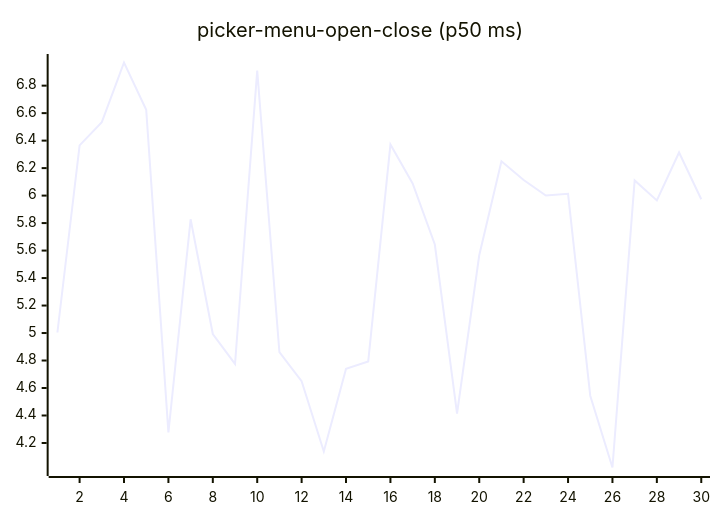
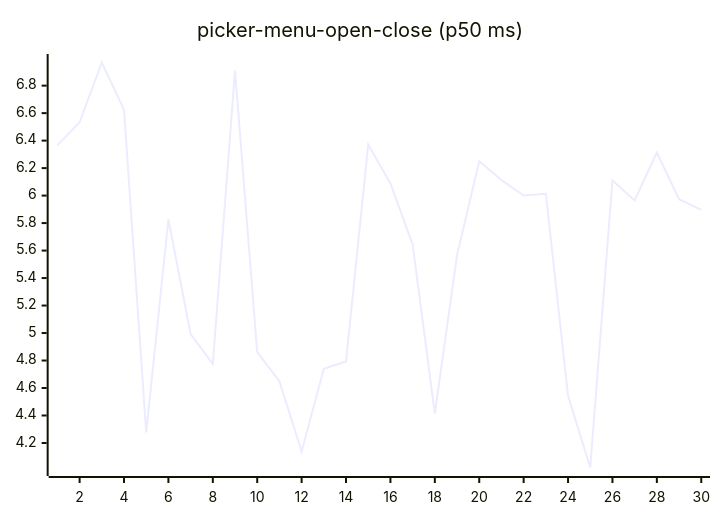
One commit to josha/Facet changed diagram 16 of 27 in README.md. Above: the diagram before and after it, drawn with Mermaid. The commit also changed other lines of this file and 2 other files, not shown here.

````diff
--- a/README.md
+++ b/README.md
@@ -168,6 +168,6 @@
 ```mermaid
 xychart-beta
     title "picker-menu-open-close (p50 ms)"
     x-axis 1 --> 30
-    line [5.0039, 6.3653, 6.5343, 6.9684, 6.6249, 4.2762, 5.8275, 4.9929, 4.7749, 6.9094, 4.8605, 4.6493, 4.1383, 4.7397, 4.7934, 6.3713, 6.0885, 5.6440, 4.4145, 5.5656, 6.2500, 6.1133, 6.0006, 6.0128, 4.5439, 4.0216, 6.1100, 5.9646, 6.3137, 5.9733]
+    line [6.3653, 6.5343, 6.9684, 6.6249, 4.2762, 5.8275, 4.9929, 4.7749, 6.9094, 4.8605, 4.6493, 4.1383, 4.7397, 4.7934, 6.3713, 6.0885, 5.6440, 4.4145, 5.5656, 6.2500, 6.1133, 6.0006, 6.0128, 4.5439, 4.0216, 6.1100, 5.9646, 6.3137, 5.9733, 5.8960]
 ```
````
